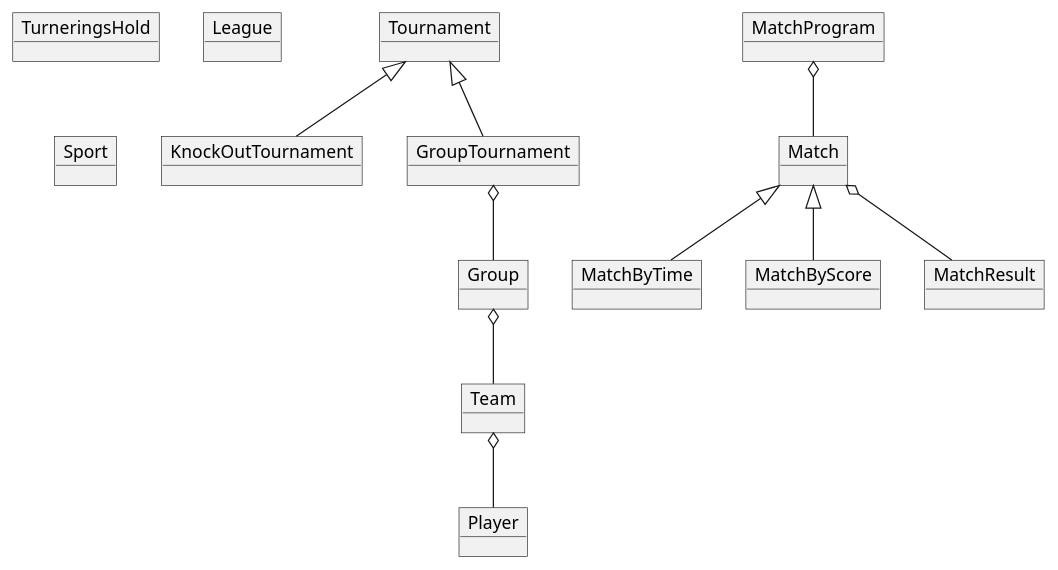
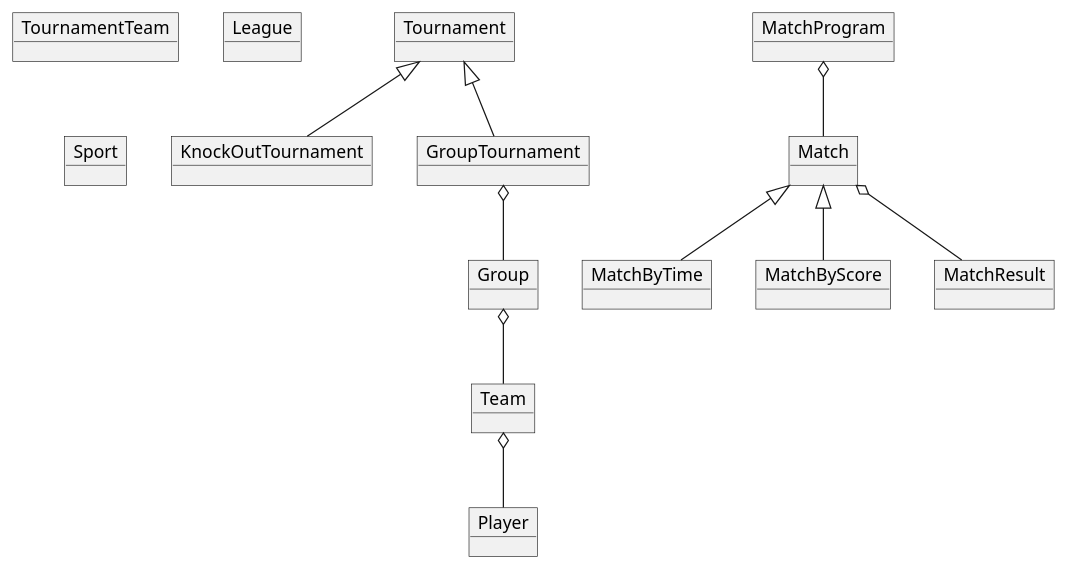
The diagram in docs/DomainModel.puml (Legolai/SP3), drawn with PlantUML before and after one commit. The commit also changed 2 other files, not shown here.

```diff
--- a/docs/DomainModel.puml
+++ b/docs/DomainModel.puml
@@ -1,31 +1,31 @@
 @startuml
 
 object Tournament
-object TurneringsHold
+object TournamentTeam
 object League
 object Match
 object MatchByTime
 object MatchByScore
 object MatchProgram
 object MatchResult
 object Sport
 object KnockOutTournament
 object GroupTournament
 object Group
 
 object Team
 object Player
 
 Team o-- Player
 Match <|-- MatchByScore
 Match <|-- MatchByTime
 
 Tournament <|-- KnockOutTournament
 Tournament <|-- GroupTournament
 Match o-- MatchResult
 MatchProgram o-- Match
 Group o-- Team
 GroupTournament o-- Group
 
 
 @enduml
```
